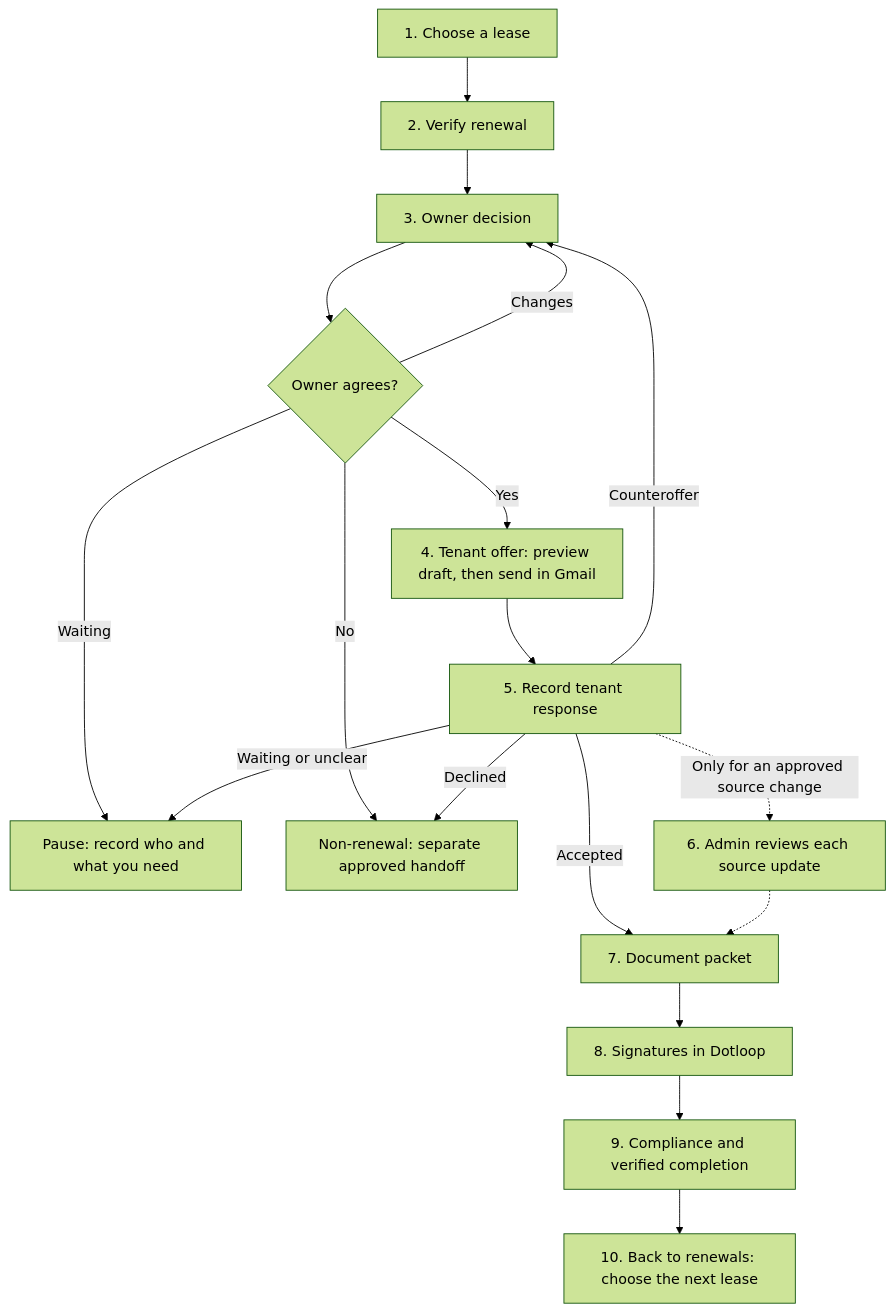
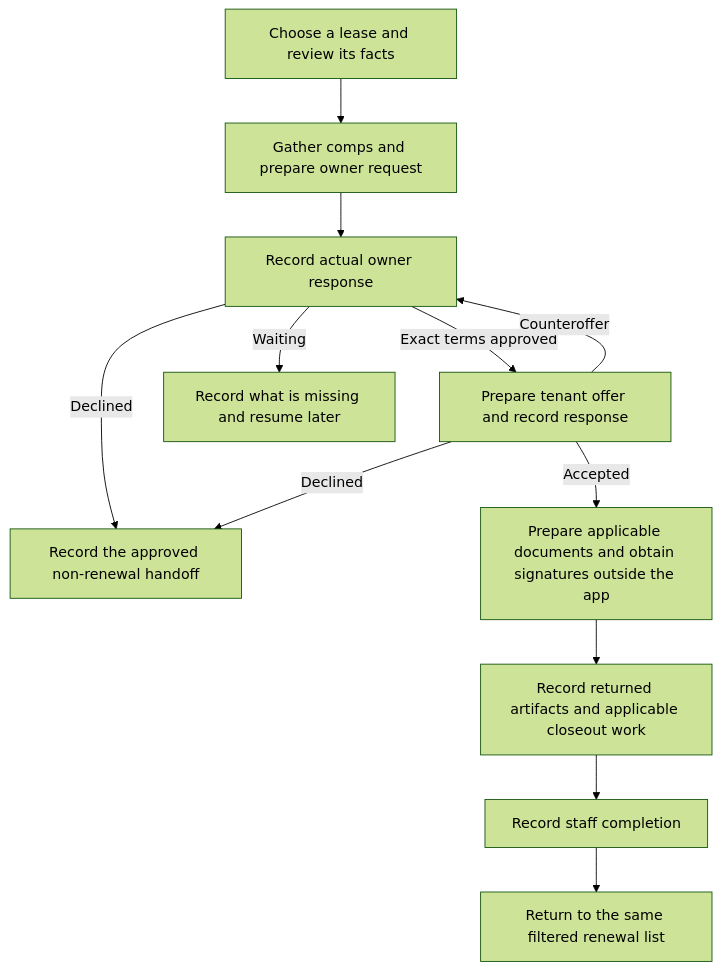
Before and after one commit to josiahH-cf/pmiKCkb_and_ownerRouter: the diagram in docs/products/renewal-client-walkthrough-2026-09-09.md, drawn with Mermaid (forest theme). The commit also changed other lines of this file and 216 other files, not shown here.

First line of the commit message:
feat: consolidate the lease renewal workflow

````diff
--- a/docs/products/renewal-client-walkthrough-2026-09-09.md
+++ b/docs/products/renewal-client-walkthrough-2026-09-09.md
@@ -15,20 +11,14 @@
 ```mermaid
 flowchart TD
-    A[1. Choose a lease] --> B[2. Verify renewal]
-    B --> C[3. Owner decision]
-    C --> D{Owner agrees?}
-    D -->|Yes| E[4. Tenant offer: preview draft, then send in Gmail]
-    D -->|Waiting| W[Pause: record who and what you need]
-    D -->|Changes| C
-    D -->|No| N[Non-renewal: separate approved handoff]
-    E --> F[5. Record tenant response]
-    F -->|Accepted| G[7. Document packet]
-    F -->|Waiting or unclear| W
-    F -->|Counteroffer| C
-    F -->|Declined| N
-    F -.->|Only for an approved source change| S[6. Admin reviews each source update]
-    S -.-> G
-    G --> H[8. Signatures in Dotloop]
-    H --> I[9. Compliance and verified completion]
-    I --> J[10. Back to renewals: choose the next lease]
+    A[Choose a lease and review its facts] --> B[Gather comps and prepare owner request]
+    B --> C[Record actual owner response]
+    C -->|Exact terms approved| D[Prepare tenant offer and record response]
+    C -->|Waiting| W[Record what is missing and resume later]
+    C -->|Declined| N[Record the approved non-renewal handoff]
+    D -->|Counteroffer| C
+    D -->|Declined| N
+    D -->|Accepted| E[Prepare applicable documents and obtain signatures outside the app]
+    E --> F[Record returned artifacts and applicable closeout work]
+    F --> G[Record staff completion]
+    G --> H[Return to the same filtered renewal list]
 ```
````
